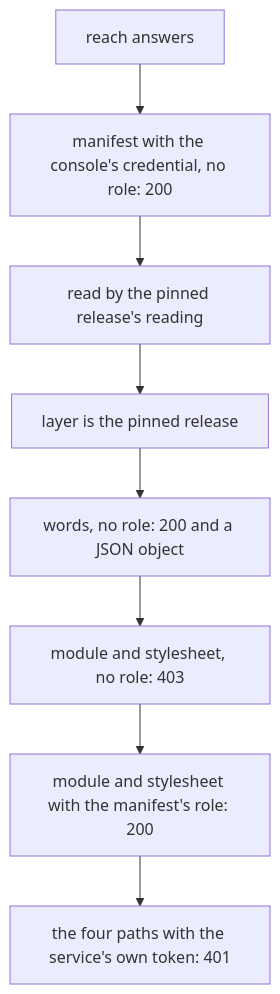
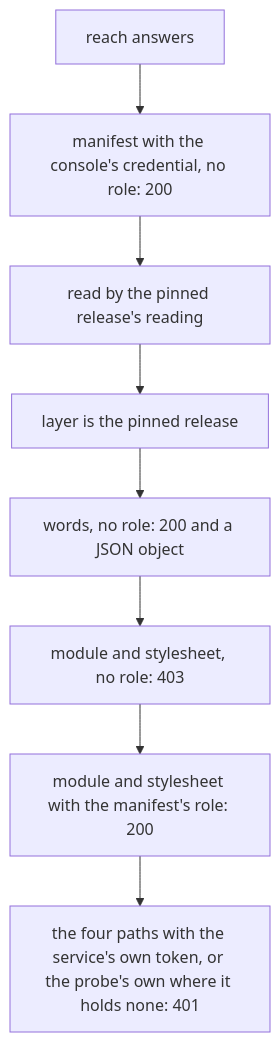
One commit to ahas/bmo-testbed changed the diagram in docs/deploy.md. Above: the diagram before and after it, drawn with Mermaid. The commit also changed other lines of this file and 9 other files, not shown here.

First line of the commit message:
Ask a console face with a credential of the probe's own where the unit holds no token (0.1.0-rev.30)

````diff
--- a/docs/deploy.md
+++ b/docs/deploy.md
@@ -486,10 +490,10 @@
 ```mermaid
 flowchart TD
   A[reach answers] --> B[manifest with the console's credential, no role: 200]
   B --> C[read by the pinned release's reading]
   C --> D[layer is the pinned release]
   D --> E[words, no role: 200 and a JSON object]
   E --> F[module and stylesheet, no role: 403]
   F --> G[module and stylesheet with the manifest's role: 200]
-  G --> H[the four paths with the service's own token: 401]
+  G --> H[the four paths with the service's own token, or the probe's own where it holds none: 401]
 ```
````
